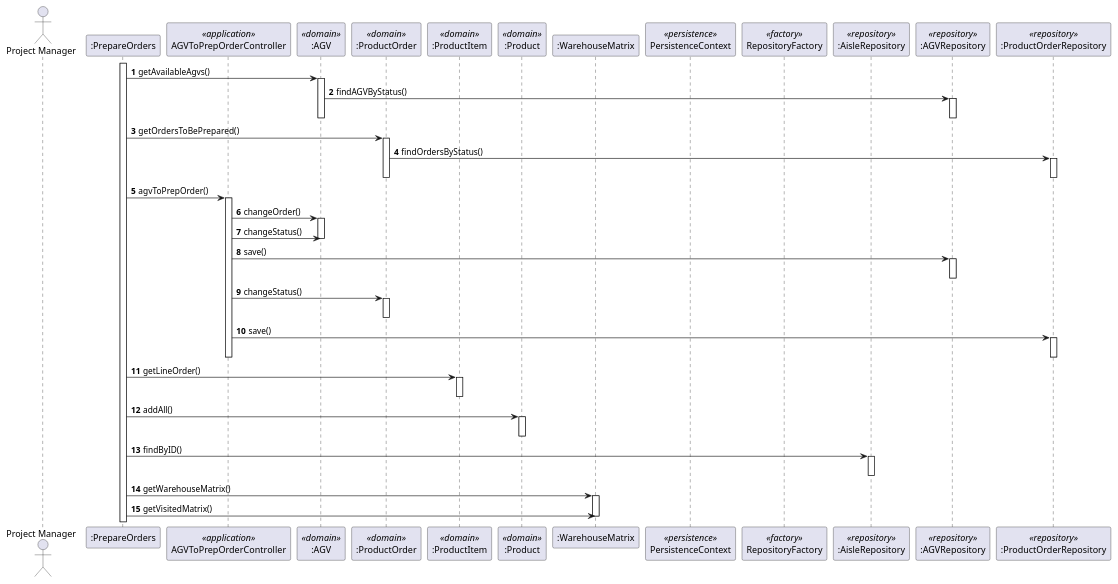
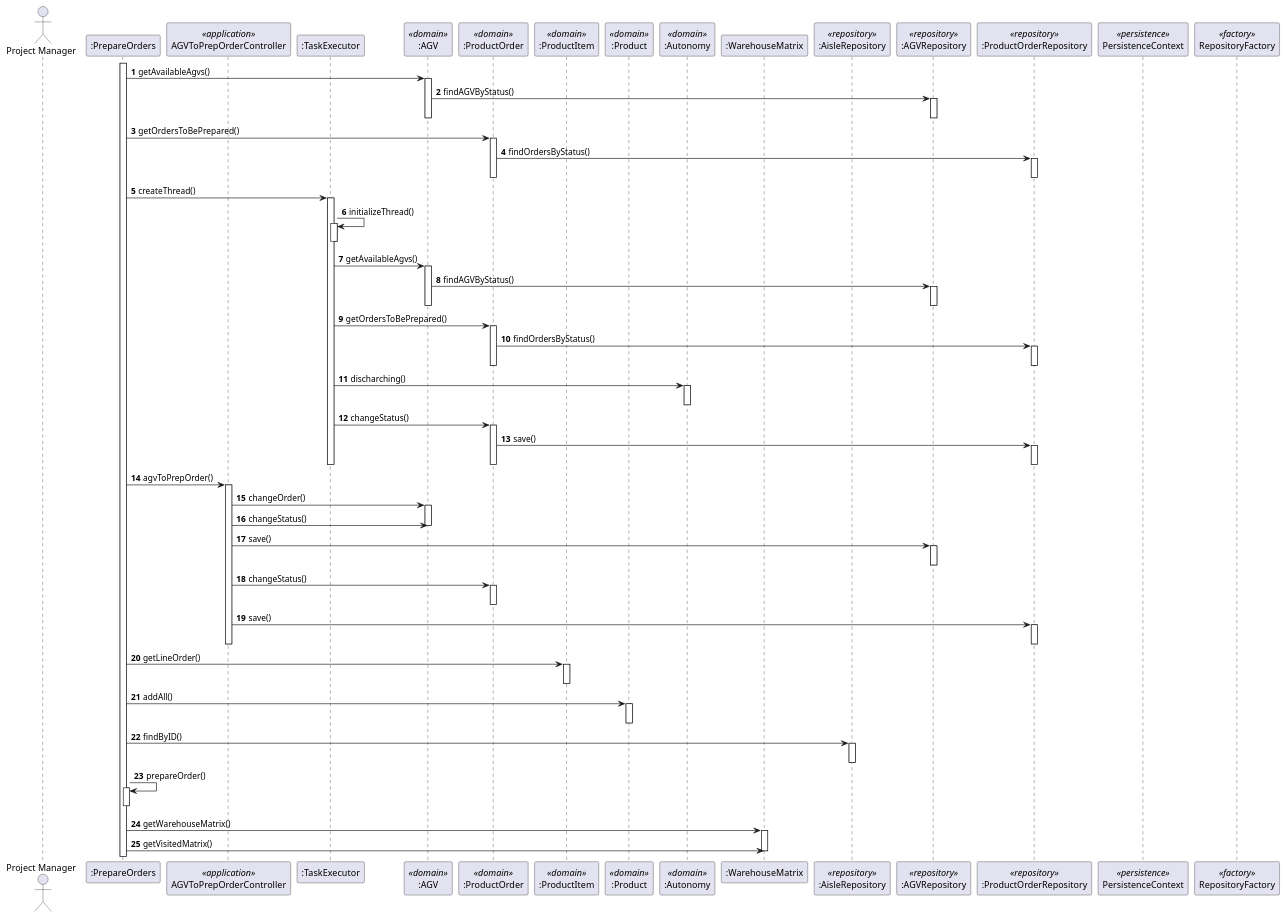
Before and after one commit to marttuga/LAPR4-SmartSystems: the diagram in docs/Sprint4/US5100/US5100_SD.puml, drawn with PlantUML. The commit also changed 1 other file, not shown here.

```diff
--- a/docs/Sprint4/US5100/US5100_SD.puml
+++ b/docs/Sprint4/US5100/US5100_SD.puml
@@ -1,76 +1,118 @@
 @startuml
 autonumber
 
 actor "Project Manager" as PM
 participant ":PrepareOrders" as PrepO
 participant "AGVToPrepOrderController" as CTRL <<application>>
+participant ":TaskExecutor" as TE
 participant ":AGV" as AGV <<domain>>
 participant ":ProductOrder" as PO <<domain>>
 participant ":ProductItem" as PI <<domain>>
 participant ":Product" as Product <<domain>>
+participant ":Autonomy" as A <<domain>>
 participant ":WarehouseMatrix" as WM
-participant "PersistenceContext" as PC <<persistence>>
-participant "RepositoryFactory" as RF <<factory>>
 participant ":AisleRepository" as AisleRepo <<repository>>
 participant ":AGVRepository" as AGVRepo <<repository>>
 participant ":ProductOrderRepository" as PORepo <<repository>>
+participant "PersistenceContext" as PC <<persistence>>
+participant "RepositoryFactory" as RF <<factory>>
 
 activate PrepO
 
 PrepO -> AGV : getAvailableAgvs()
 activate AGV
 
 AGV -> AGVRepo : findAGVByStatus()
 activate AGVRepo
 
 deactivate AGVRepo
 deactivate AGV
 PrepO -> PO : getOrdersToBePrepared()
 activate PO
 
 PO -> PORepo : findOrdersByStatus()
 activate PORepo
 
 deactivate PORepo
 deactivate PO
+PrepO -> TE : createThread()
+activate TE
+TE -> TE : initializeThread()
+activate TE
+deactivate TE
+
+TE -> AGV : getAvailableAgvs()
+activate AGV
+
+
+AGV -> AGVRepo : findAGVByStatus()
+activate AGVRepo
+
+deactivate AGVRepo
+deactivate AGV
+TE -> PO : getOrdersToBePrepared()
+activate PO
+
+PO -> PORepo : findOrdersByStatus()
+activate PORepo
+
+deactivate PORepo
+deactivate PO
+TE -> A : discharching()
+activate A
+
+deactivate A
+TE -> PO : changeStatus()
+activate PO
+
+PO -> PORepo : save()
+activate PORepo
+deactivate PO
+
+deactivate TE
+deactivate PORepo
 PrepO -> CTRL : agvToPrepOrder()
 activate CTRL
 
 CTRL -> AGV : changeOrder()
 activate AGV
 CTRL -> AGV : changeStatus()
 
 deactivate AGV
 CTRL -> AGVRepo : save()
 activate AGVRepo
 
 deactivate AGVRepo
 CTRL -> PO : changeStatus()
 activate PO
 
 deactivate PO
 CTRL -> PORepo : save()
 activate PORepo
 
 deactivate PORepo
 deactivate CTRL
 PrepO -> PI : getLineOrder()
 activate PI
 
 deactivate PI
 PrepO -> Product : addAll()
 activate Product
 
 deactivate Product
 PrepO -> AisleRepo : findByID()
 activate AisleRepo
 
 deactivate AisleRepo
+PrepO -> PrepO : prepareOrder()
+activate PrepO
+
+deactivate PrepO
 PrepO -> WM : getWarehouseMatrix()
 activate WM
 PrepO -> WM : getVisitedMatrix()
 deactivate WM
 
 
 
 @enduml
```
